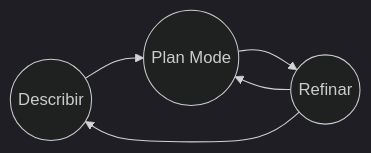
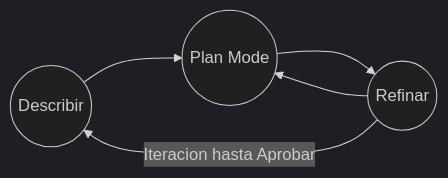
One commit to sramire3000/documentacion changed the diagram in OpenCode/SpecDrivenDevelopment.md. Above: the diagram before and after it, drawn with Mermaid (dark theme).

Commit message:
Modify flowchart for Spec Driven Development
Updated the flowchart to include iteration until approval.

````diff
--- a/OpenCode/SpecDrivenDevelopment.md
+++ b/OpenCode/SpecDrivenDevelopment.md
@@ -4,7 +4,7 @@
 ```mermaid
 graph LR
 A((Describir)) --> B((Plan Mode))
 B --> C((Refinar))
-C --> A
+C -- Iteracion hasta Aprobar--> A
 C --> B
 ```
````
